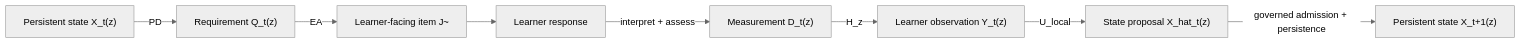
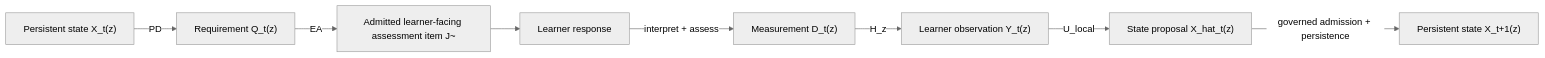
Before and after one commit to thatao72/three-twin-docs: the diagram in content/architecture/overview.md, drawn with Mermaid (neutral theme). The commit also changed other lines of this file, not shown here.

Commit message:
Align exact-z action requirement and realized-item label

````diff
--- a/content/architecture/overview.md
+++ b/content/architecture/overview.md
@@ -215,10 +215,10 @@
 ```mermaid
 flowchart LR
     X["Persistent state X_t(z)"] -->|"PD"| Q["Requirement Q_t(z)"]
-    Q -->|"EA"| J["Learner-facing item J~"]
+    Q -->|"EA"| J["Admitted learner-facing assessment item J~"]
     J --> R["Learner response"]
     R -->|"interpret + assess"| D["Measurement D_t(z)"]
     D -->|"H_z"| Y["Learner observation Y_t(z)"]
     Y -->|"U_local"| XH["State proposal X_hat_t(z)"]
     XH -->|"governed admission + persistence"| X2["Persistent state X_t+1(z)"]
 ```
````
